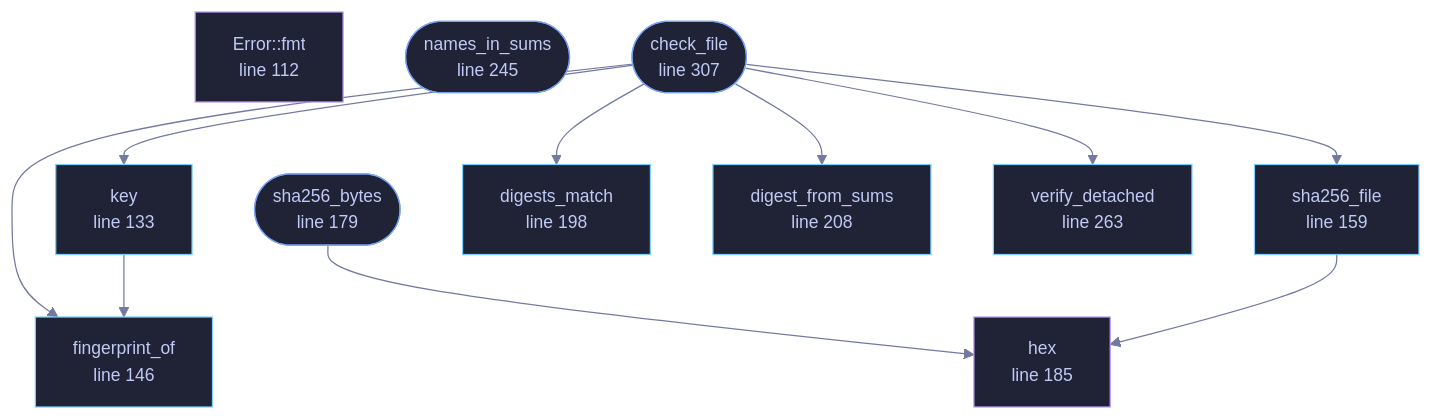
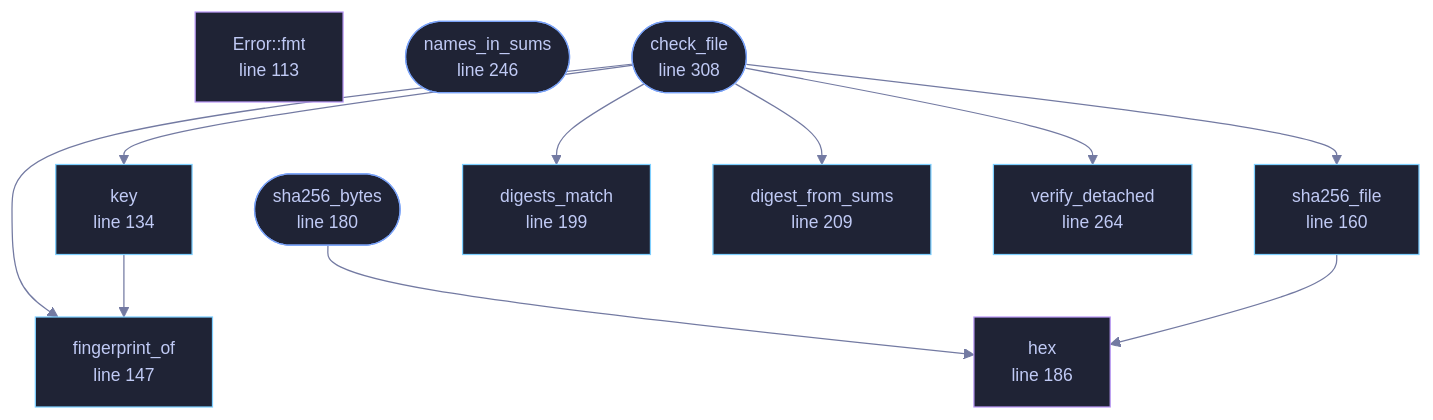
One commit to tilas01/veilvoice changed the diagram in docs/files/veilvoice-check/lib.md. Above: the diagram before and after it, drawn with Mermaid. The commit also changed other lines of this file and 118 other files, not shown here.

````diff
--- a/docs/files/veilvoice-check/lib.md
+++ b/docs/files/veilvoice-check/lib.md
@@ -112,41 +112,41 @@
 ```mermaid
 %%{init: {"theme":"base","themeVariables":{"background":"#1a1b26","primaryColor":"#1f2335","primaryTextColor":"#c0caf5","primaryBorderColor":"#7aa2f7","secondaryColor":"#16161e","tertiaryColor":"#16161e","lineColor":"#737aa2","textColor":"#c0caf5","mainBkg":"#1f2335","nodeBorder":"#7aa2f7","clusterBkg":"#16161e","clusterBorder":"#2f3549","fontFamily":"ui-monospace, SFMono-Regular, Consolas, monospace","fontSize":"14px"}}}%%
 flowchart TD
-    n_fmt["Error::fmt<br/>line 112"]
-    n_key["key<br/>line 133"]
-    n_fingerprint_of["fingerprint_of<br/>line 146"]
-    n_sha256_file["sha256_file<br/>line 159"]
-    n_sha256_bytes(["sha256_bytes<br/>line 179"])
-    n_hex["hex<br/>line 185"]
-    n_digests_match["digests_match<br/>line 198"]
-    n_digest_from_sums["digest_from_sums<br/>line 208"]
-    n_names_in_sums(["names_in_sums<br/>line 245"])
-    n_verify_detached["verify_detached<br/>line 263"]
-    n_check_file(["check_file<br/>line 307"])
+    n_fmt["Error::fmt<br/>line 113"]
+    n_key["key<br/>line 134"]
+    n_fingerprint_of["fingerprint_of<br/>line 147"]
+    n_sha256_file["sha256_file<br/>line 160"]
+    n_sha256_bytes(["sha256_bytes<br/>line 180"])
+    n_hex["hex<br/>line 186"]
+    n_digests_match["digests_match<br/>line 199"]
+    n_digest_from_sums["digest_from_sums<br/>line 209"]
+    n_names_in_sums(["names_in_sums<br/>line 246"])
+    n_verify_detached["verify_detached<br/>line 264"]
+    n_check_file(["check_file<br/>line 308"])
     n_check_file --> n_digest_from_sums
     n_check_file --> n_digests_match
     n_check_file --> n_fingerprint_of
     n_check_file --> n_key
     n_check_file --> n_sha256_file
     n_check_file --> n_verify_detached
     n_key --> n_fingerprint_of
     n_sha256_bytes --> n_hex
     n_sha256_file --> n_hex
-    click n_fmt href "https://github.com/tilas01/veilvoice/blob/main/crates/veilvoice-check/src/lib.rs#L112" "open the source"
-    click n_key href "https://github.com/tilas01/veilvoice/blob/main/crates/veilvoice-check/src/lib.rs#L133" "open the source"
-    click n_fingerprint_of href "https://github.com/tilas01/veilvoice/blob/main/crates/veilvoice-check/src/lib.rs#L146" "open the source"
-    click n_sha256_file href "https://github.com/tilas01/veilvoice/blob/main/crates/veilvoice-check/src/lib.rs#L159" "open the source"
-    click n_sha256_bytes href "https://github.com/tilas01/veilvoice/blob/main/crates/veilvoice-check/src/lib.rs#L179" "open the source"
-    click n_hex href "https://github.com/tilas01/veilvoice/blob/main/crates/veilvoice-check/src/lib.rs#L185" "open the source"
-    click n_digests_match href "https://github.com/tilas01/veilvoice/blob/main/crates/veilvoice-check/src/lib.rs#L198" "open the source"
-    click n_digest_from_sums href "https://github.com/tilas01/veilvoice/blob/main/crates/veilvoice-check/src/lib.rs#L208" "open the source"
-    click n_names_in_sums href "https://github.com/tilas01/veilvoice/blob/main/crates/veilvoice-check/src/lib.rs#L245" "open the source"
-    click n_verify_detached href "https://github.com/tilas01/veilvoice/blob/main/crates/veilvoice-check/src/lib.rs#L263" "open the source"
-    click n_check_file href "https://github.com/tilas01/veilvoice/blob/main/crates/veilvoice-check/src/lib.rs#L307" "open the source"
+    click n_fmt href "https://github.com/tilas01/veilvoice/blob/main/crates/veilvoice-check/src/lib.rs#L113" "open the source"
+    click n_key href "https://github.com/tilas01/veilvoice/blob/main/crates/veilvoice-check/src/lib.rs#L134" "open the source"
+    click n_fingerprint_of href "https://github.com/tilas01/veilvoice/blob/main/crates/veilvoice-check/src/lib.rs#L147" "open the source"
+    click n_sha256_file href "https://github.com/tilas01/veilvoice/blob/main/crates/veilvoice-check/src/lib.rs#L160" "open the source"
+    click n_sha256_bytes href "https://github.com/tilas01/veilvoice/blob/main/crates/veilvoice-check/src/lib.rs#L180" "open the source"
+    click n_hex href "https://github.com/tilas01/veilvoice/blob/main/crates/veilvoice-check/src/lib.rs#L186" "open the source"
+    click n_digests_match href "https://github.com/tilas01/veilvoice/blob/main/crates/veilvoice-check/src/lib.rs#L199" "open the source"
+    click n_digest_from_sums href "https://github.com/tilas01/veilvoice/blob/main/crates/veilvoice-check/src/lib.rs#L209" "open the source"
+    click n_names_in_sums href "https://github.com/tilas01/veilvoice/blob/main/crates/veilvoice-check/src/lib.rs#L246" "open the source"
+    click n_verify_detached href "https://github.com/tilas01/veilvoice/blob/main/crates/veilvoice-check/src/lib.rs#L264" "open the source"
+    click n_check_file href "https://github.com/tilas01/veilvoice/blob/main/crates/veilvoice-check/src/lib.rs#L308" "open the source"
     classDef entry fill:#1f2335,stroke:#7aa2f7,color:#c0caf5
     class n_sha256_bytes,n_names_in_sums,n_check_file entry
     classDef api fill:#1f2335,stroke:#7dcfff,color:#c0caf5
     class n_key,n_fingerprint_of,n_sha256_file,n_digests_match,n_digest_from_sums,n_verify_detached api
     classDef helper fill:#1f2335,stroke:#bb9af7,color:#c0caf5
     class n_fmt,n_hex helper
 ```
````
